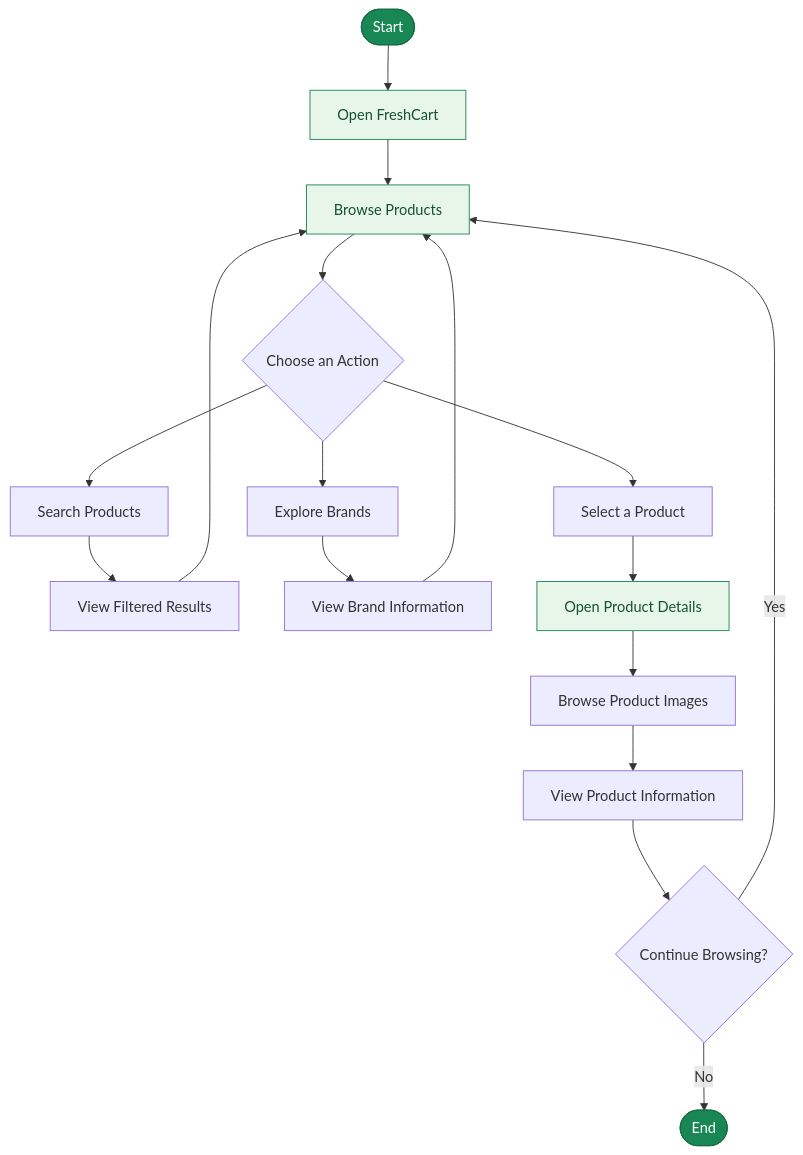
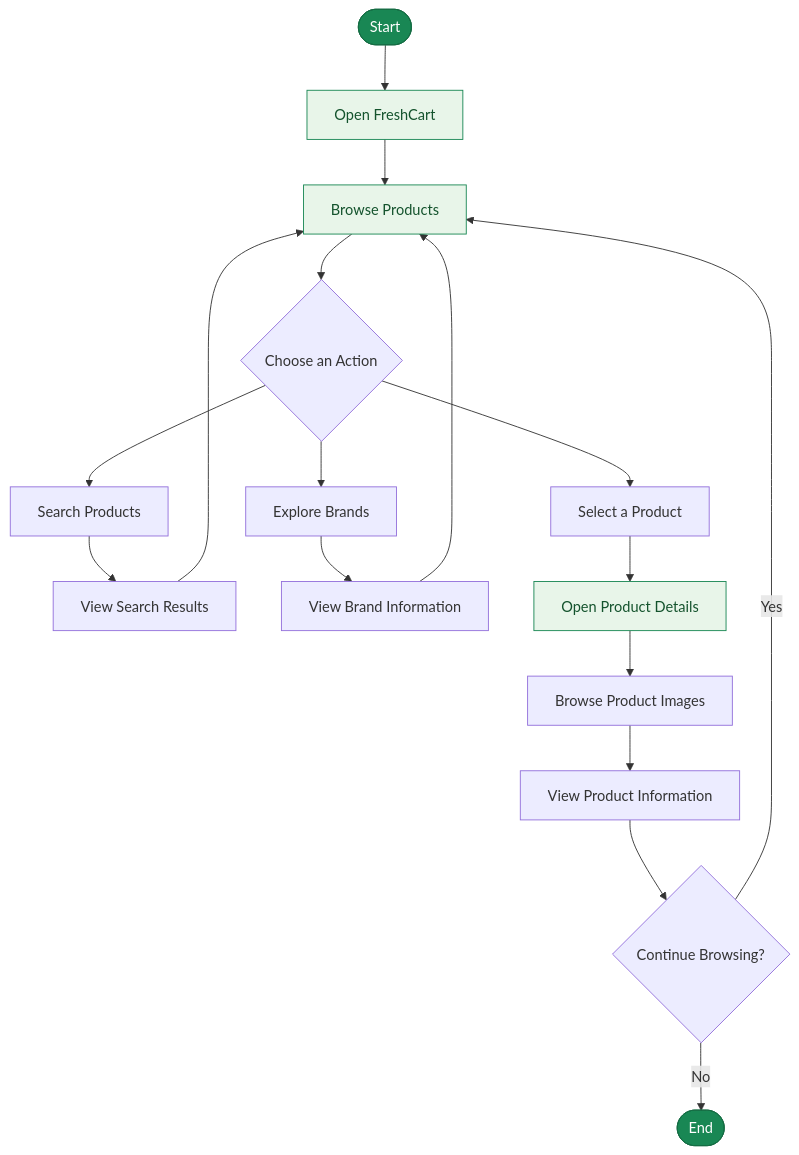
One commit to Joseph-Mohamed/Freshcart-Graduation_Project_ITI- changed the diagram in README.md. Above: the diagram before and after it, drawn with Mermaid. The commit also changed other lines of this file, not shown here.

````diff
--- a/README.md
+++ b/README.md
@@ -161,30 +171,31 @@
 ```mermaid
 flowchart TD
     A([Start]) --> B[Open FreshCart]
     B --> C[Browse Products]
+
     C --> D{Choose an Action}
 
     D --> E[Search Products]
     D --> F[Explore Brands]
     D --> G[Select a Product]
 
-    E --> H[View Filtered Results]
+    E --> H[View Search Results]
     H --> C
 
     F --> I[View Brand Information]
     I --> C
 
     G --> J[Open Product Details]
     J --> K[Browse Product Images]
     K --> L[View Product Information]
+
     L --> M{Continue Browsing?}
-
     M -->|Yes| C
     M -->|No| N([End])
 
     style A fill:#198754,color:#ffffff,stroke:#146c43
     style N fill:#198754,color:#ffffff,stroke:#146c43
     style B fill:#e8f5e9,color:#14532d,stroke:#198754
     style C fill:#e8f5e9,color:#14532d,stroke:#198754
     style J fill:#e8f5e9,color:#14532d,stroke:#198754
 ```
````
